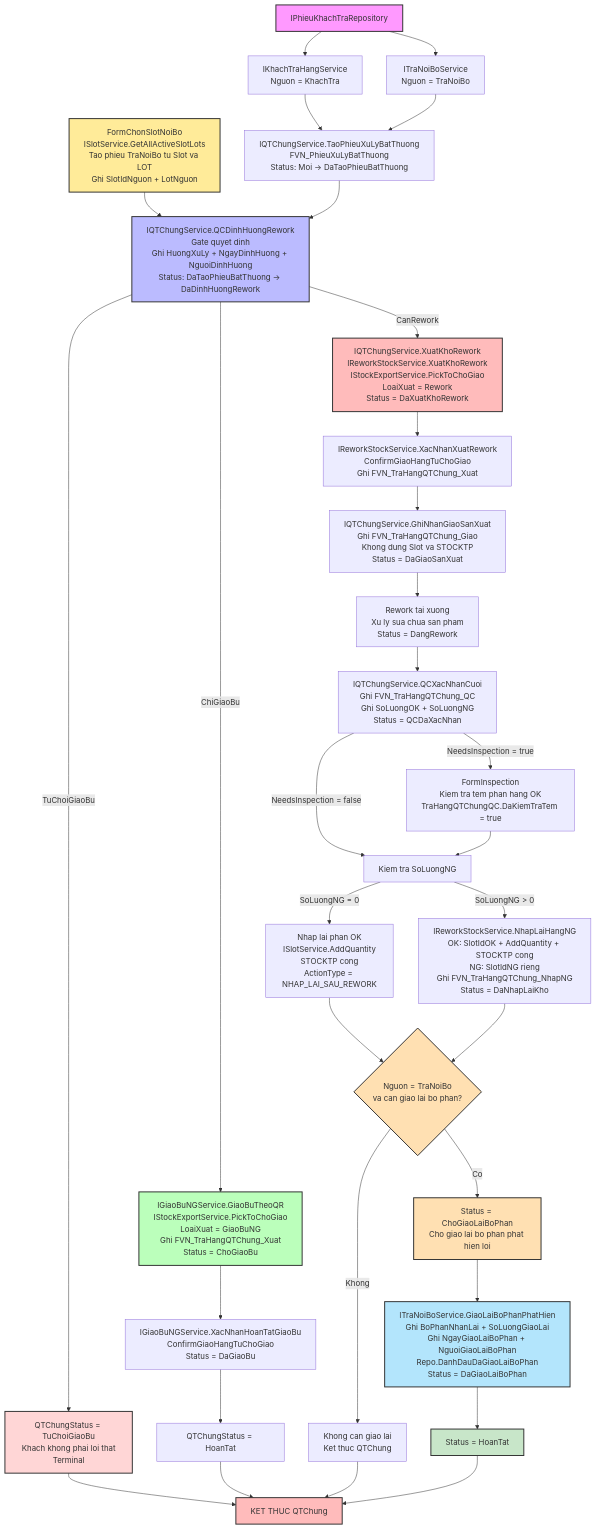
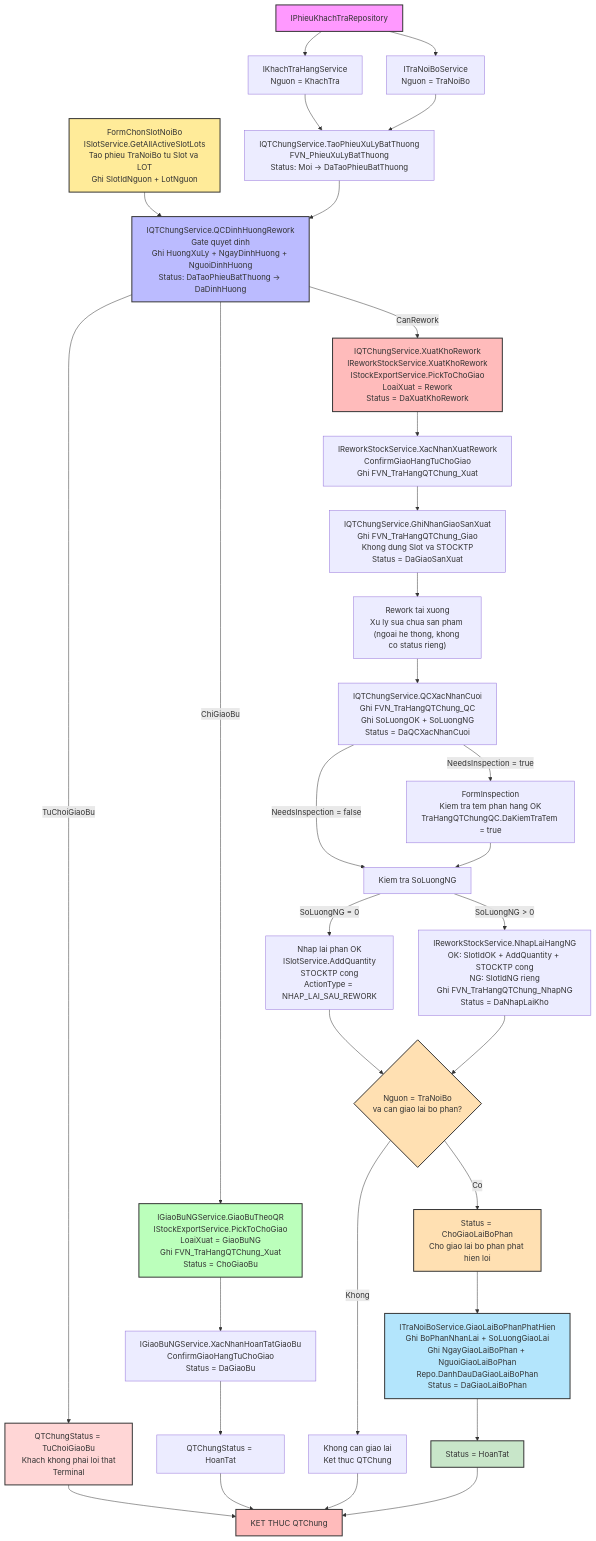
Before and after one commit to Nang0559/WINDOWS_PCTP-NO_Check-: the diagram in PCTP/Workflow/Diagram/WORKFLOW_HANGLOI.md, drawn with Mermaid. The commit also changed other lines of this file and 11 other files, not shown here.

```diff
--- a/PCTP/Workflow/Diagram/WORKFLOW_HANGLOI.md
+++ b/PCTP/Workflow/Diagram/WORKFLOW_HANGLOI.md
@@ -710,7 +673,7 @@
     %% QC DINH HUONG
     %% ====================================================
 
-    Step1 --> Step2["IQTChungService.QCDinhHuongRework<br/>Gate quyet dinh<br/>Ghi HuongXuLy + NgayDinhHuong + NguoiDinhHuong<br/>Status: DaTaoPhieuBatThuong -> DaDinhHuongRework"]
+    Step1 --> Step2["IQTChungService.QCDinhHuongRework<br/>Gate quyet dinh<br/>Ghi HuongXuLy + NgayDinhHuong + NguoiDinhHuong<br/>Status: DaTaoPhieuBatThuong -> DaDinhHuong"]
 
 
     %% ====================================================
@@ -750,14 +713,14 @@
     %% REWORK TAI XUONG
     %% ====================================================
 
-    Step5 --> Step6["Rework tai xuong<br/>Xu ly sua chua san pham<br/>Status = DangRework"]
+    Step5 --> Step6["Rework tai xuong<br/>Xu ly sua chua san pham (ngoai he thong, khong co status rieng)"]
 
 
     %% ====================================================
     %% QC CUOI
     %% ====================================================
 
-    Step6 --> Step7["IQTChungService.QCXacNhanCuoi<br/>Ghi FVN_TraHangQTChung_QC<br/>Ghi SoLuongOK + SoLuongNG<br/>Status = QCDaXacNhan"]
+    Step6 --> Step7["IQTChungService.QCXacNhanCuoi<br/>Ghi FVN_TraHangQTChung_QC<br/>Ghi SoLuongOK + SoLuongNG<br/>Status = DaQCXacNhanCuoi"]
 
 
     %% ====================================================
```
